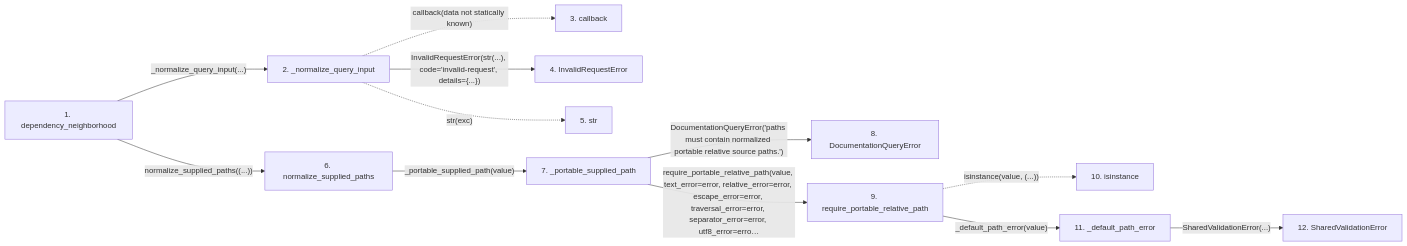
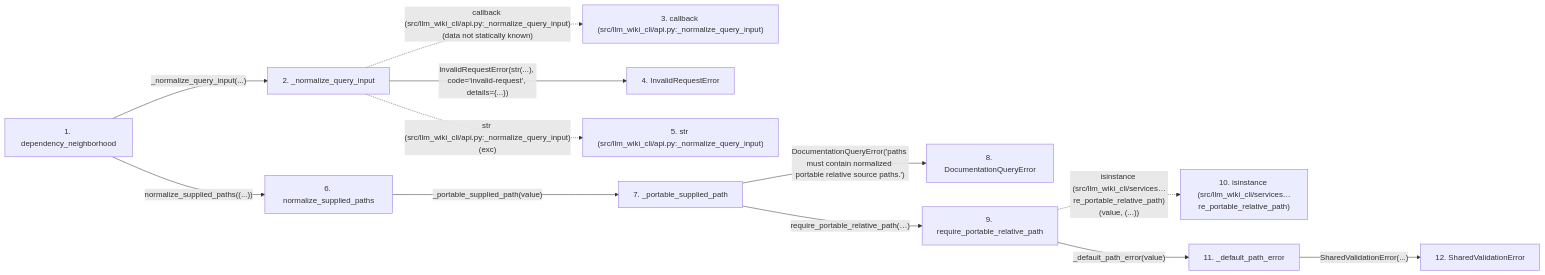
The second of 2 diagrams in docs/llm_wiki/flows/api-dependency_neighborhood.md (Denissvgn/python-wiki-llm), drawn with Mermaid before and after one commit. The commit also changed other lines of this file and 719 other files, not shown here.

````diff
--- a/docs/llm_wiki/flows/api-dependency_neighborhood.md
+++ b/docs/llm_wiki/flows/api-dependency_neighborhood.md
@@ -87,35 +89,35 @@
 ```mermaid
 flowchart LR
     s1["1. dependency_neighborhood"]
     s2["2. _normalize_query_input"]
-    s3["3. callback"]
+    s3["3. callback (src/llm_wiki_cli/api.py:_normalize_query_input)"]
     s4["4. InvalidRequestError"]
-    s5["5. str"]
+    s5["5. str (src/llm_wiki_cli/api.py:_normalize_query_input)"]
     s6["6. normalize_supplied_paths"]
     s7["7. _portable_supplied_path"]
     s8["8. DocumentationQueryError"]
     s9["9. require_portable_relative_path"]
-    s10["10. isinstance"]
+    s10["10. isinstance (src/llm_wiki_cli/services…re_portable_relative_path)"]
     s11["11. _default_path_error"]
     s12["12. SharedValidationError"]
     s1 -->|"_normalize_query_input(...)"| s2
-    s2 -. "callback(data not statically known)" .-> s3
+    s2 -. "callback (src/llm_wiki_cli/api.py:_normalize_query_input)(data not statically known)" .-> s3
     s2 -->|"InvalidRequestError(str(...), code='invalid-request', details={...})"| s4
-    s2 -. "str(exc)" .-> s5
+    s2 -. "str (src/llm_wiki_cli/api.py:_normalize_query_input)(exc)" .-> s5
     s1 -->|"normalize_supplied_paths((...))"| s6
     s6 -->|"_portable_supplied_path(value)"| s7
     s7 -->|"DocumentationQueryError('paths must contain normalized portable relative source paths.')"| s8
-    s7 -->|"require_portable_relative_path(value, text_error=error, relative_error=error, escape_error=error, traversal_error=error, separator_error=error, utf8_error=erro…"| s9
-    s9 -. "isinstance(value, (...))" .-> s10
+    s7 -->|"require_portable_relative_path(…)"| s9
+    s9 -. "isinstance (src/llm_wiki_cli/services…re_portable_relative_path)(value, (...))" .-> s10
     s9 -->|"_default_path_error(value)"| s11
     s11 -->|"SharedValidationError(...)"| s12
     click s1 "../modules/api.md"
     click s2 "../modules/api.md"
     click s4 "../modules/api.md"
     click s6 "../modules/documentation_query_builder.md"
     click s7 "../modules/documentation_query_builder.md"
     click s8 "../modules/documentation_queries.md"
     click s9 "../modules/validation.md"
     click s11 "../modules/validation.md"
     click s12 "../modules/validation.md"
 ```
````
